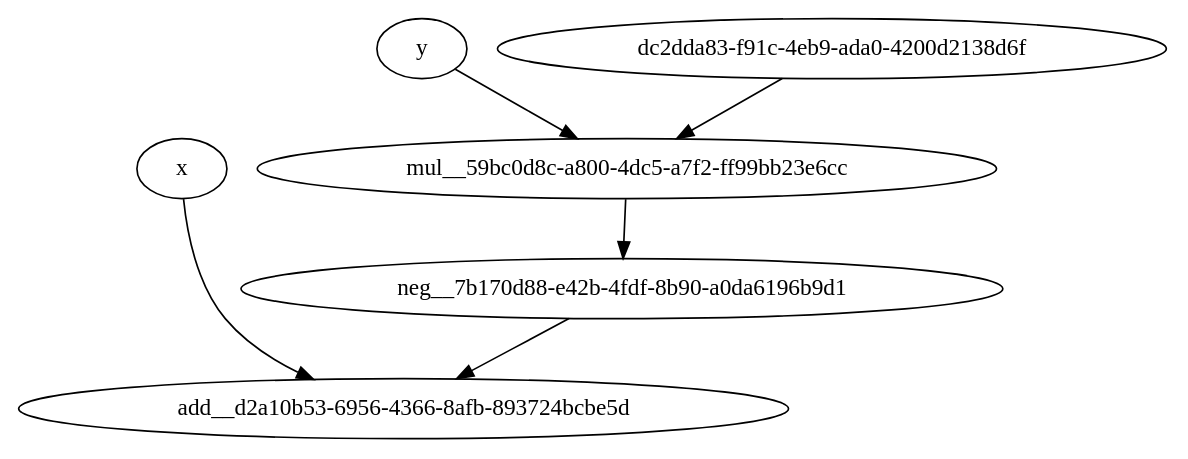
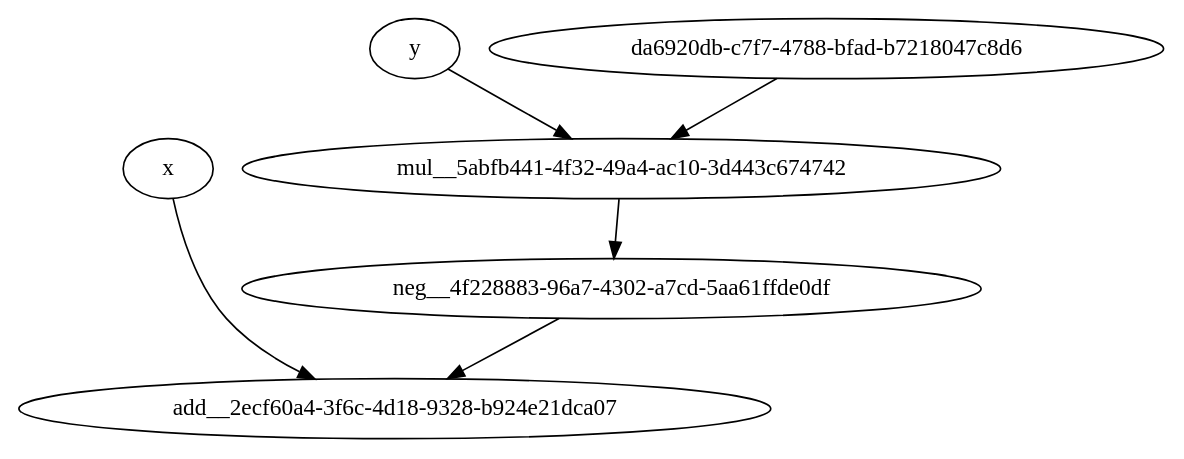
Before and after one commit to blokhinnv/algo: the diagram in graph_examples/graph2.gv, drawn with Graphviz. The commit also changed 6 other files, not shown here.

```diff
--- a/graph_examples/graph2.gv
+++ b/graph_examples/graph2.gv
@@ -1,25 +1,25 @@
 strict digraph {
-
-	"add__d2a10b53-6956-4366-8afb-893724bcbe5d" [  weight=0 ];
 
 	"x" [  weight=0 ];
 
-	"x" -> "add__d2a10b53-6956-4366-8afb-893724bcbe5d" [  weight=0 ];
+	"x" -> "add__2ecf60a4-3f6c-4d18-9328-b924e21dca07" [  weight=0 ];
 
-	"neg__7b170d88-e42b-4fdf-8b90-a0da6196b9d1" [  weight=0 ];
+	"neg__4f228883-96a7-4302-a7cd-5aa61ffde0df" [  weight=0 ];
 
-	"neg__7b170d88-e42b-4fdf-8b90-a0da6196b9d1" -> "add__d2a10b53-6956-4366-8afb-893724bcbe5d" [  weight=0 ];
+	"neg__4f228883-96a7-4302-a7cd-5aa61ffde0df" -> "add__2ecf60a4-3f6c-4d18-9328-b924e21dca07" [  weight=0 ];
 
-	"mul__59bc0d8c-a800-4dc5-a7f2-ff99bb23e6cc" [  weight=0 ];
+	"mul__5abfb441-4f32-49a4-ac10-3d443c674742" [  weight=0 ];
 
-	"mul__59bc0d8c-a800-4dc5-a7f2-ff99bb23e6cc" -> "neg__7b170d88-e42b-4fdf-8b90-a0da6196b9d1" [  weight=0 ];
+	"mul__5abfb441-4f32-49a4-ac10-3d443c674742" -> "neg__4f228883-96a7-4302-a7cd-5aa61ffde0df" [  weight=0 ];
 
 	"y" [  weight=0 ];
 
-	"y" -> "mul__59bc0d8c-a800-4dc5-a7f2-ff99bb23e6cc" [  weight=0 ];
+	"y" -> "mul__5abfb441-4f32-49a4-ac10-3d443c674742" [  weight=0 ];
 
-	"dc2dda83-f91c-4eb9-ada0-4200d2138d6f" [  weight=0 ];
+	"da6920db-c7f7-4788-bfad-b7218047c8d6" [  weight=0 ];
 
-	"dc2dda83-f91c-4eb9-ada0-4200d2138d6f" -> "mul__59bc0d8c-a800-4dc5-a7f2-ff99bb23e6cc" [  weight=0 ];
+	"da6920db-c7f7-4788-bfad-b7218047c8d6" -> "mul__5abfb441-4f32-49a4-ac10-3d443c674742" [  weight=0 ];
+
+	"add__2ecf60a4-3f6c-4d18-9328-b924e21dca07" [  weight=0 ];
 
 }
```
